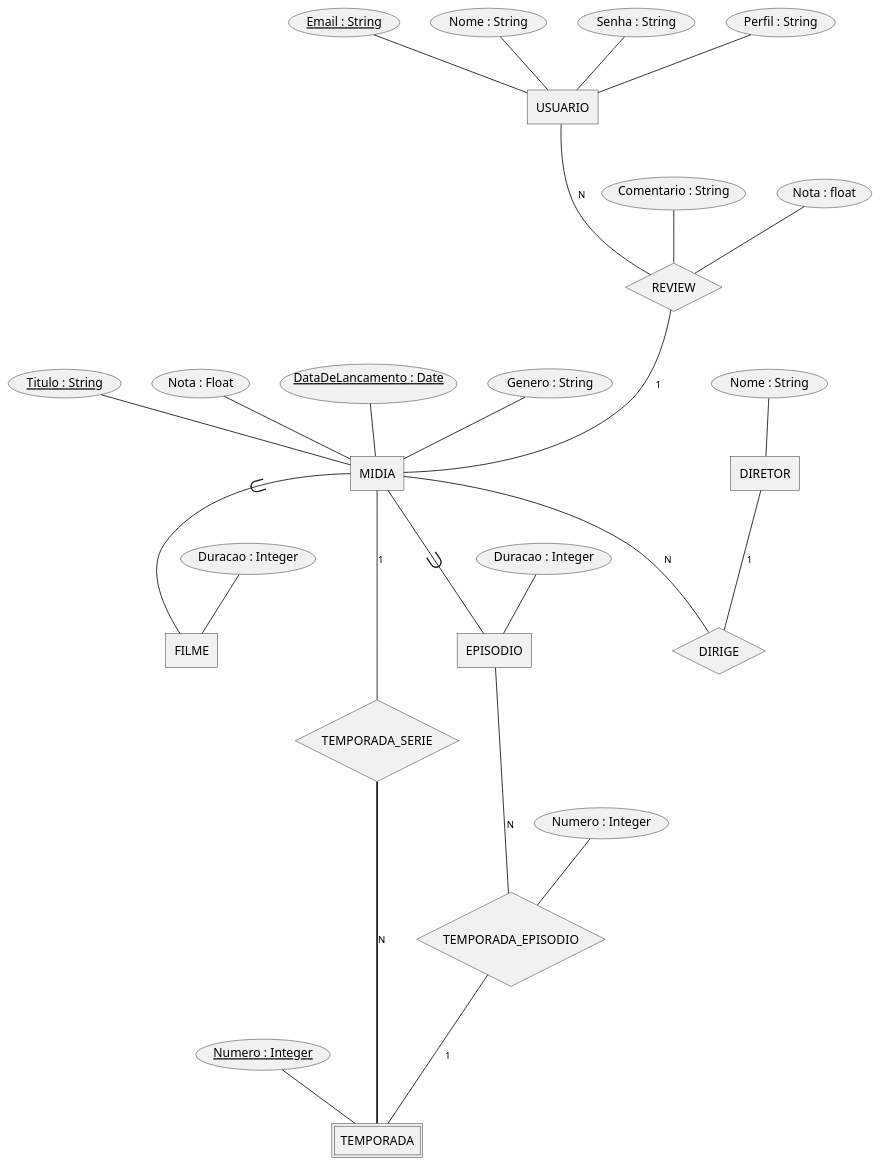
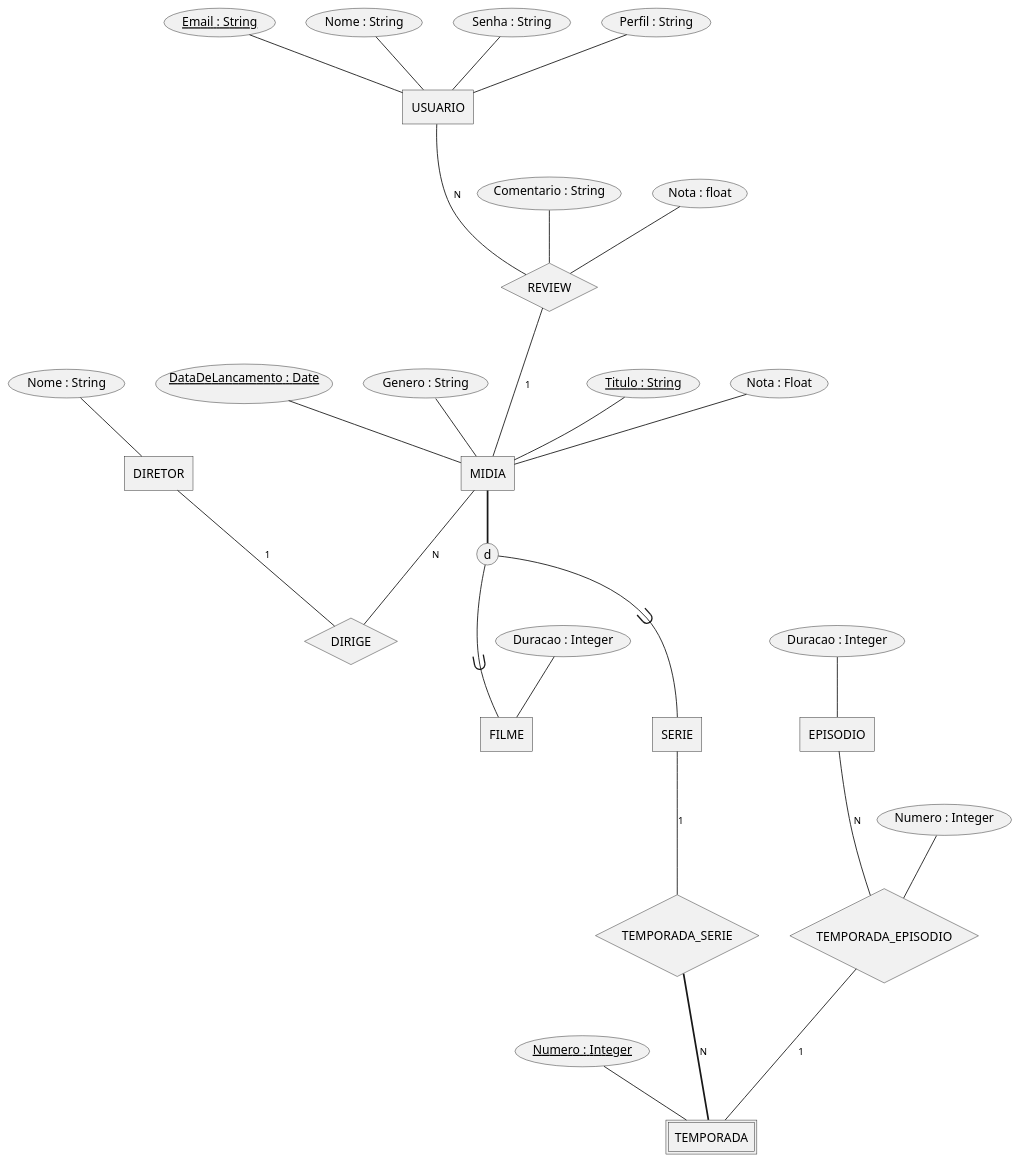
The diagram in ER.plantuml (rogerpcto/DevWebAvancado-UFF), drawn with PlantUML before and after one commit.

Commit message:
added "Serie" entity to the ER

```diff
--- a/ER.plantuml
+++ b/ER.plantuml
@@ -1,61 +1,65 @@
 @startchen
 
 entity USUARIO{
   Email : String <<key>>
   Nome : String
   Senha : String
   Perfil : String
 }
 
 entity MIDIA{
   Titulo : String <<key>>
   Nota : Float
   DataDeLancamento : Date <<key>>
   Genero : String
 }
 
 entity FILME{
   Duracao : Integer
 }
 
 entity TEMPORADA <<weak>>{
   Numero : Integer <<key>>
 }
 
 entity EPISODIO{
   Duracao : Integer
 }
 
 entity DIRETOR{
   Nome : String
 }
 
 relationship TEMPORADA_SERIE{
 }
 
 relationship TEMPORADA_EPISODIO{
   Numero : Integer
 }
 
 relationship DIRIGE{
 }
 
 relationship REVIEW{
   Comentario : String
   Nota : float
 }
 
-MIDIA ->- FILME
-MIDIA ->- EPISODIO
+entity SERIE{
+}
+
+
+MIDIA =>= d {FILME, SERIE}
 
 EPISODIO -N- TEMPORADA_EPISODIO
 TEMPORADA_EPISODIO -1- TEMPORADA
-MIDIA -1- TEMPORADA_SERIE
+SERIE-1- TEMPORADA_SERIE
 TEMPORADA_SERIE =N= TEMPORADA
 MIDIA -N- DIRIGE
 DIRETOR -1- DIRIGE
+
 
 USUARIO -N- REVIEW
 REVIEW -1- MIDIA
 
 @endchen
```
